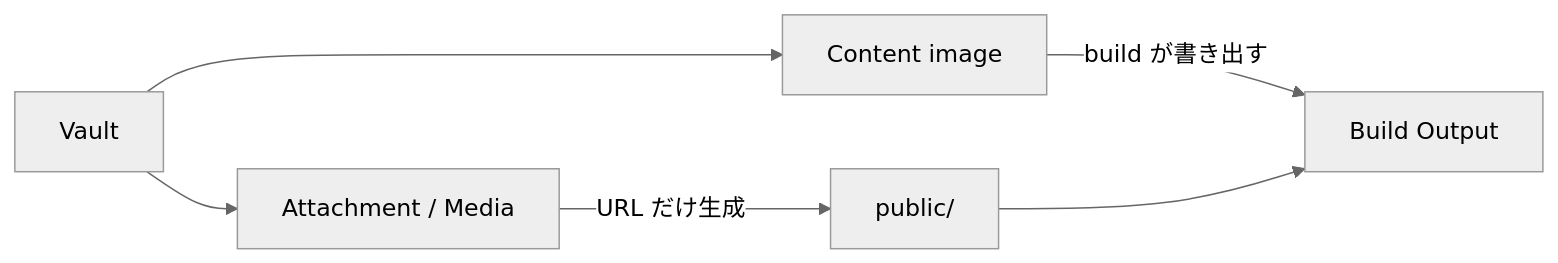
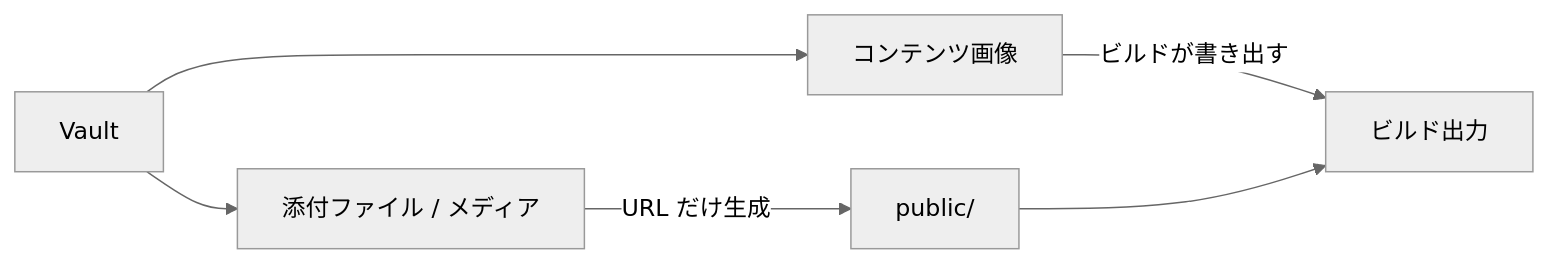
The first of 2 diagrams in docs/docs/reference/configuration/assets.ja.md (Rerurate514/riebeckite), drawn with Mermaid (neutral theme) before and after one commit. The commit also changed other lines of this file and 310 other files, not shown here.

````diff
--- a/docs/docs/reference/configuration/assets.ja.md
+++ b/docs/docs/reference/configuration/assets.ja.md
@@ -75,13 +68,13 @@
 ```mermaid id="otcz8u"
 flowchart LR
     Vault["Vault"]
-    Image["Content image"]
-    Attach["Attachment / Media"]
+    Image["コンテンツ画像"]
+    Attach["添付ファイル / メディア"]
 
     Vault --> Image
     Vault --> Attach
 
-    Image -->|"build が書き出す"| Output["Build Output"]
+    Image -->|"ビルドが書き出す"| Output["ビルド出力"]
     Attach -->|"URL だけ生成"| Public["public/"]
     Public --> Output
 ```
````
